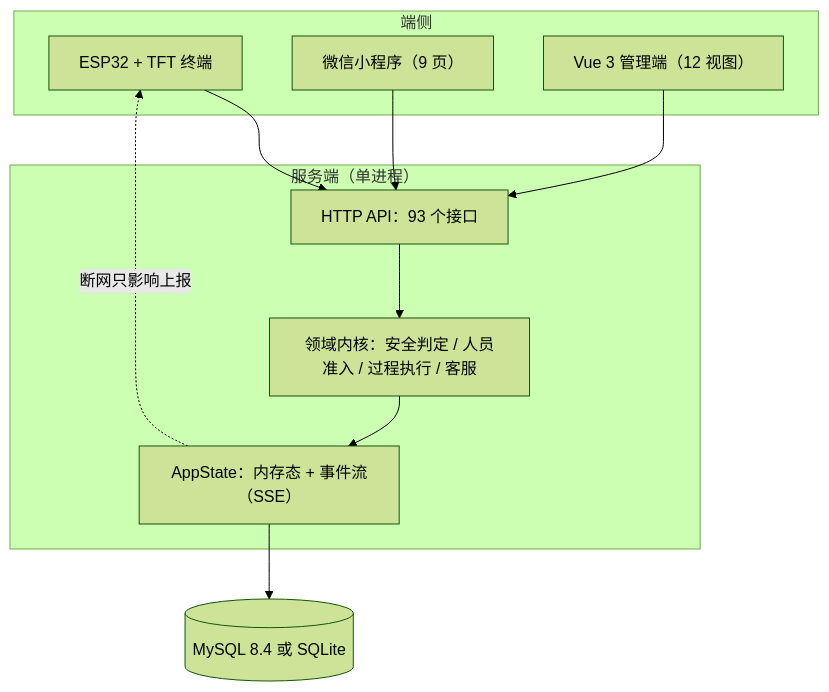
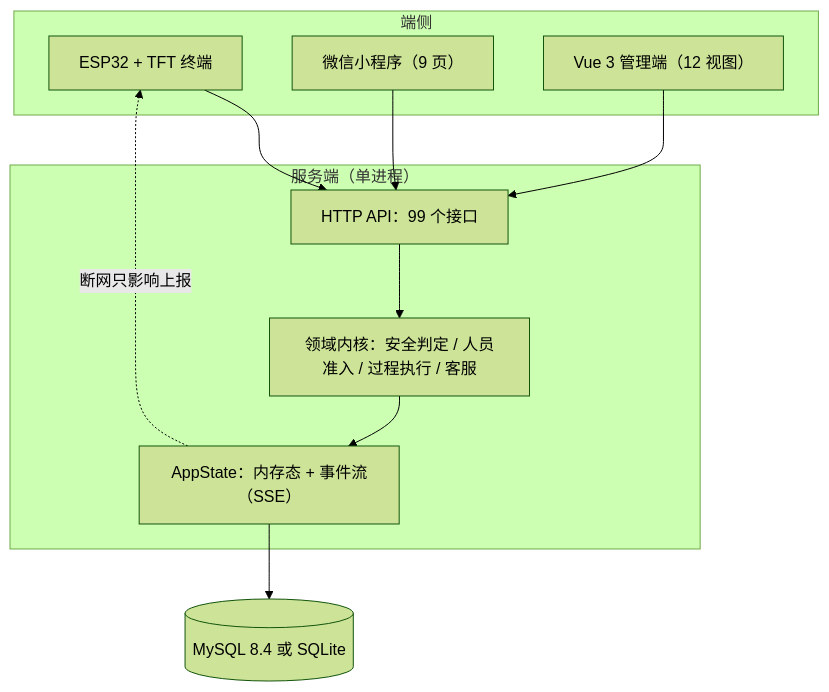
One commit to czm668/kitchen-system changed the diagram in README.md. Above: the diagram before and after it, drawn with Mermaid (forest theme). The commit also changed other lines of this file and 10 other files, not shown here.

````diff
--- a/README.md
+++ b/README.md
@@ -31,19 +31,19 @@
 ```mermaid
 flowchart TB
   subgraph E["端侧"]
     ESP["ESP32 + TFT 终端"]
     MP["微信小程序（9 页）"]
     WEB["Vue 3 管理端（12 视图）"]
   end
   subgraph S["服务端（单进程）"]
-    API["HTTP API：93 个接口"]
+    API["HTTP API：99 个接口"]
     CORE["领域内核：安全判定 / 人员准入 / 过程执行 / 客服"]
     ST["AppState：内存态 + 事件流（SSE）"]
   end
   DB[("MySQL 8.4 或 SQLite")]
   ESP --> API
   MP --> API
   WEB --> API
   API --> CORE --> ST --> DB
   ST -.->|断网只影响上报| ESP
 ```
````
